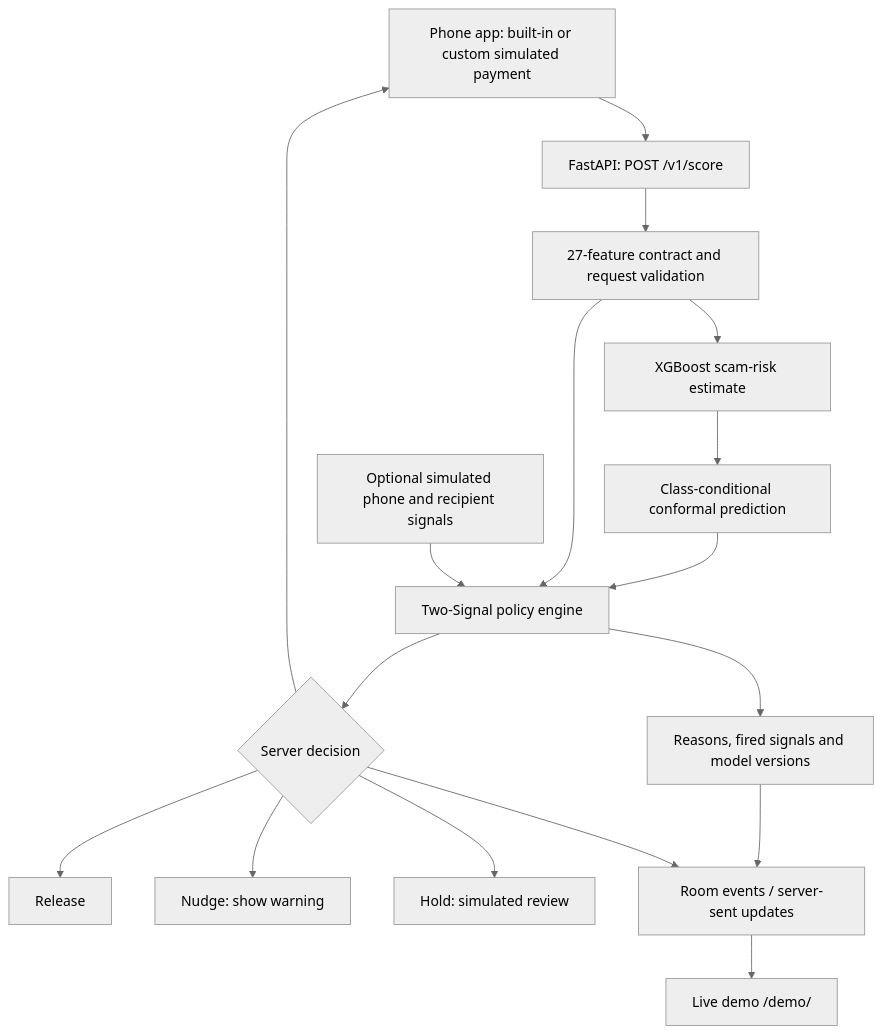
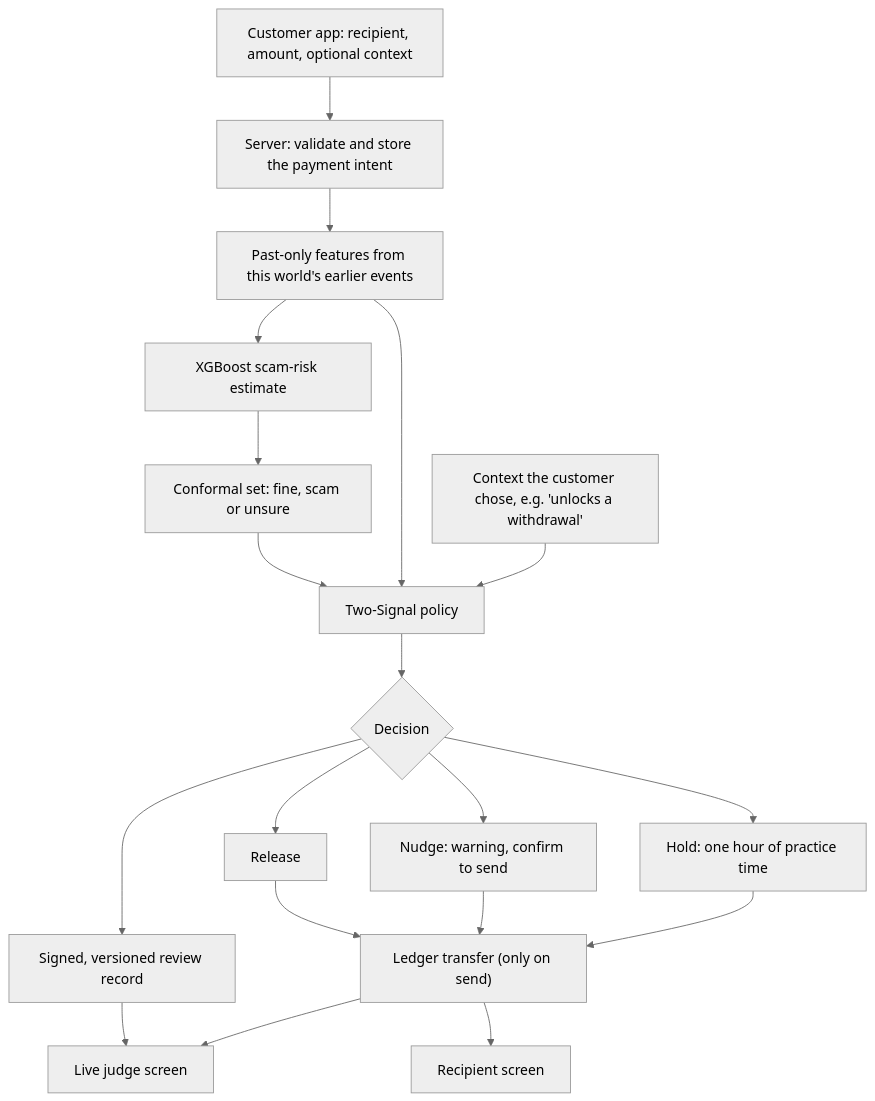
The first of 2 diagrams in README.md (ldcode20/MAYA-SAZI), drawn with Mermaid (neutral theme) before and after one commit. The commit also changed other lines of this file, not shown here.

First line of the commit message:
README: lead with the live site and the product it runs

````diff
--- a/README.md
+++ b/README.md
@@ -74,19 +88,21 @@
 ```mermaid
 flowchart TD
-    A["Phone app: built-in or custom simulated payment"] --> B["FastAPI: POST /v1/score"]
-    B --> C["27-feature contract and request validation"]
+    A["Customer app: recipient, amount, optional context"] --> B["Server: validate and store the payment intent"]
+    B --> C["Past-only features from this world's earlier events"]
     C --> D["XGBoost scam-risk estimate"]
-    D --> E["Class-conditional conformal prediction"]
-    E --> F["Two-Signal policy engine"]
+    D --> E["Conformal set: fine, scam or unsure"]
+    E --> F["Two-Signal policy"]
     C --> F
-    G["Optional simulated phone and recipient signals"] --> F
-    F --> H{"Server decision"}
+    G["Context the customer chose, e.g. 'unlocks a withdrawal'"] --> F
+    F --> H{"Decision"}
     H --> I["Release"]
-    H --> J["Nudge: show warning"]
-    H --> K["Hold: simulated review"]
-    F --> L["Reasons, fired signals and model versions"]
-    L --> M["Room events / server-sent updates"]
-    H --> M
-    M --> N["Live demo /demo/"]
-    H --> A
+    H --> J["Nudge: warning, confirm to send"]
+    H --> K["Hold: one hour of practice time"]
+    H --> L["Signed, versioned review record"]
+    I --> M["Ledger transfer (only on send)"]
+    J --> M
+    K --> M
+    L --> N["Live judge screen"]
+    M --> N
+    M --> O["Recipient screen"]
 ```
````
